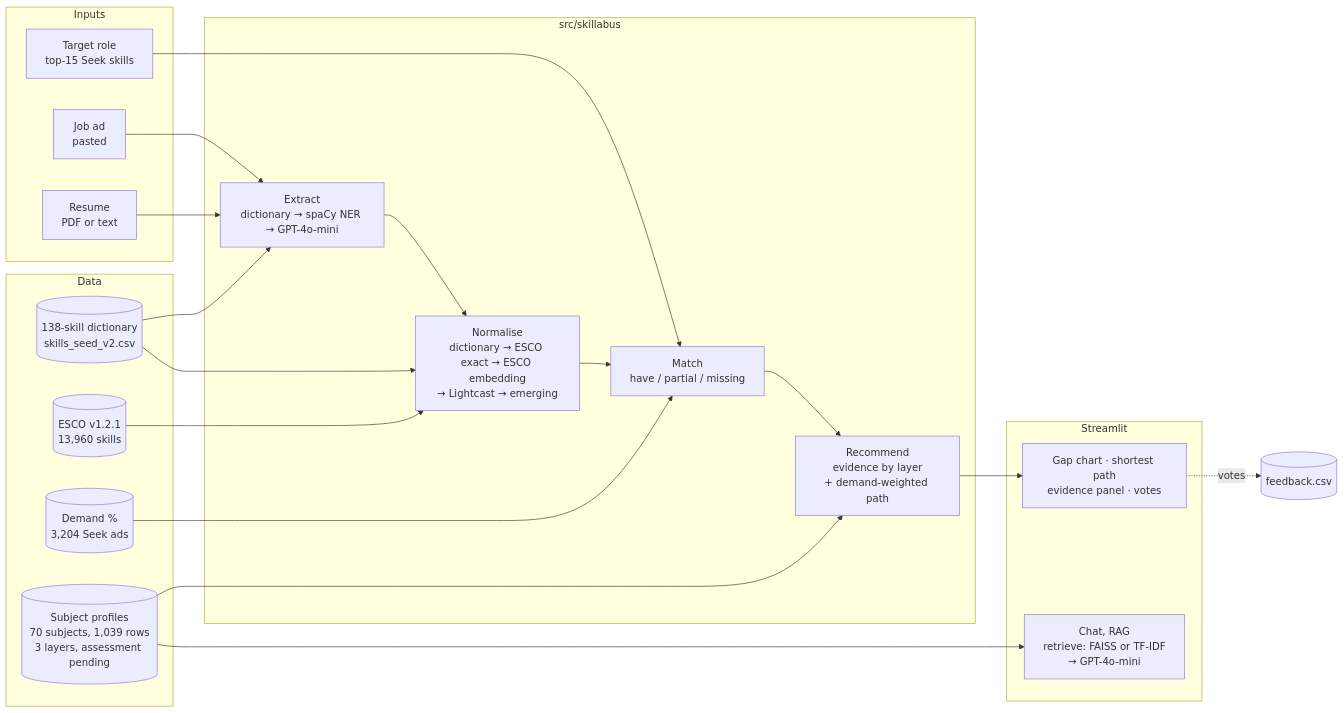
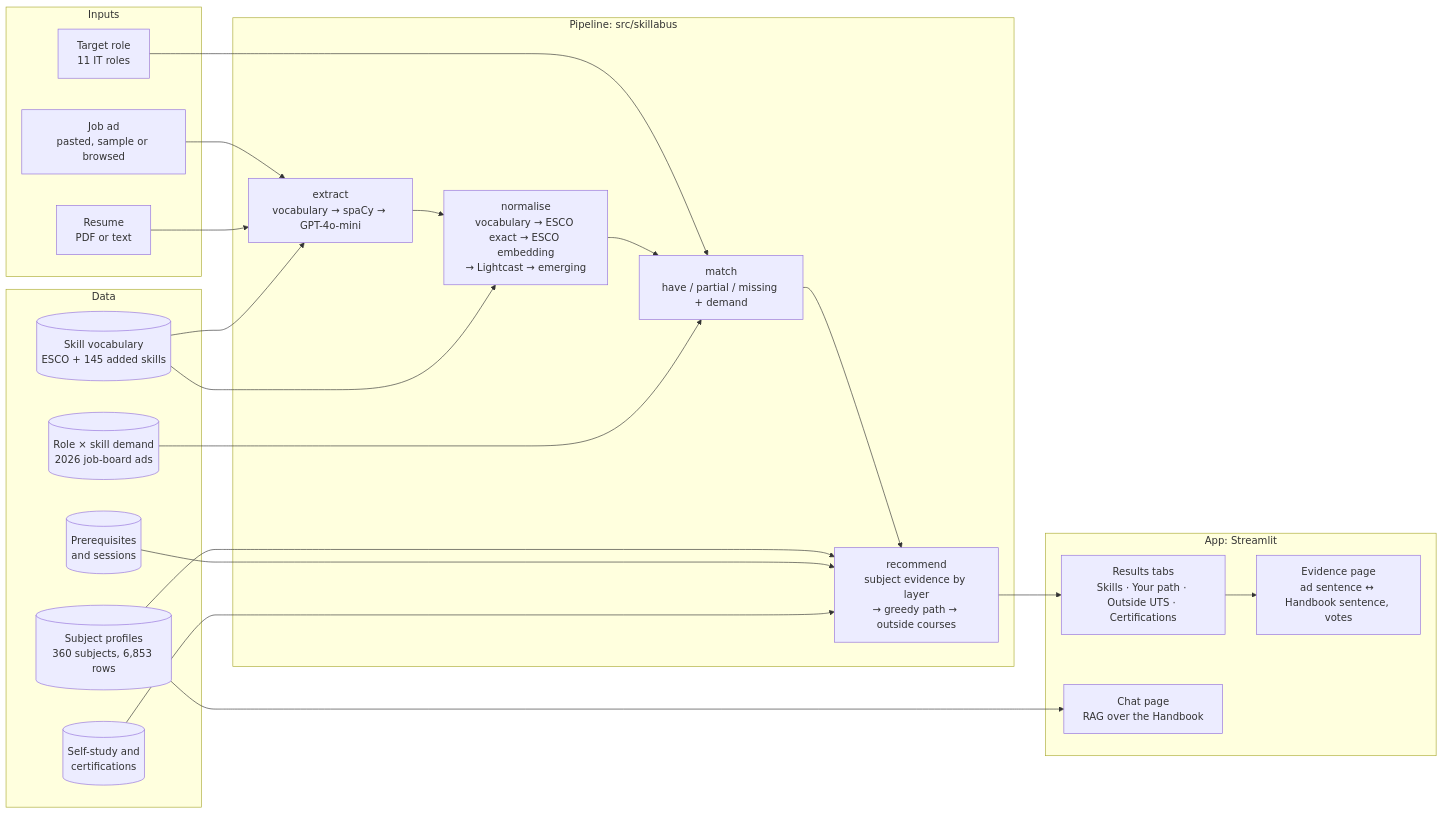
Before and after one commit to AndyPham2004/ANLP-AT2-Skillabus: the diagram in docs/report/05_system.md, drawn with Mermaid. The commit also changed other lines of this file and 2 other files, not shown here.

First line of the commit message:
Report (#158): section 4 cut to ~1,500 words, section 2 to ~500, section 5 rewritten for the current app

````diff
--- a/docs/report/05_system.md
+++ b/docs/report/05_system.md
@@ -7,35 +8,37 @@
 ```mermaid
 flowchart LR
-  subgraph Inputs
-    AD[Job ad<br/>pasted]
+  subgraph In[Inputs]
+    AD[Job ad<br/>pasted, sample or browsed]
     CV[Resume<br/>PDF or text]
-    ROLE[Target role<br/>top-15 Seek skills]
+    ROLE[Target role<br/>11 IT roles]
   end
-  subgraph Pipeline [src/skillabus]
-    EX[Extract<br/>dictionary → spaCy NER → GPT-4o-mini]
-    NO[Normalise<br/>dictionary → ESCO exact → ESCO embedding<br/>→ Lightcast → emerging]
-    MA[Match<br/>have / partial / missing]
-    RE[Recommend<br/>evidence by layer<br/>+ demand-weighted path]
+  subgraph P[Pipeline: src/skillabus]
+    EX[extract<br/>vocabulary → spaCy → GPT-4o-mini]
+    NO[normalise<br/>vocabulary → ESCO exact → ESCO embedding<br/>→ Lightcast → emerging]
+    MA[match<br/>have / partial / missing + demand]
+    RE[recommend<br/>subject evidence by layer<br/>→ greedy path → outside courses]
   end
-  subgraph Data
-    SEED[(138-skill dictionary<br/>skills_seed_v2.csv)]
-    ESCO[(ESCO v1.2.1<br/>13,960 skills)]
-    DEM[(Demand %<br/>3,204 Seek ads)]
-    SUB[(Subject profiles<br/>70 subjects, 1,039 rows<br/>3 layers, assessment pending)]
+  subgraph D[Data]
+    VOC[(Skill vocabulary<br/>ESCO + 145 added skills)]
+    DEM[(Role × skill demand<br/>2026 job-board ads)]
+    SUB[(Subject profiles<br/>360 subjects, 6,853 rows)]
+    REQ[(Prerequisites<br/>and sessions)]
+    RES[(Self-study and<br/>certifications)]
   end
-  subgraph App [Streamlit]
-    UI[Gap chart · shortest path<br/>evidence panel · votes]
-    CHAT[Chat, RAG<br/>retrieve: FAISS or TF-IDF<br/>→ GPT-4o-mini]
+  subgraph A[App: Streamlit]
+    UI[Results tabs<br/>Skills · Your path · Outside UTS · Certifications]
+    EV[Evidence page<br/>ad sentence ↔ Handbook sentence, votes]
+    CHAT[Chat page<br/>RAG over the Handbook]
   end
   AD --> EX
   CV --> EX
   ROLE --> MA
-  EX --> NO --> MA --> RE --> UI
-  SEED --> EX
-  SEED --> NO
-  ESCO --> NO
+  EX --> NO --> MA --> RE --> UI --> EV
+  VOC --> EX
+  VOC --> NO
   DEM --> MA
   SUB --> RE
+  REQ --> RE
+  RES --> RE
   SUB --> CHAT
-  UI -. votes .-> FB[(feedback.csv)]
 ```
````
